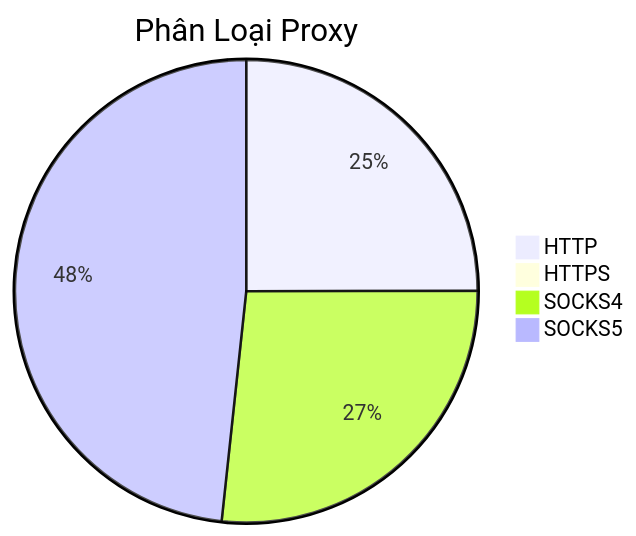
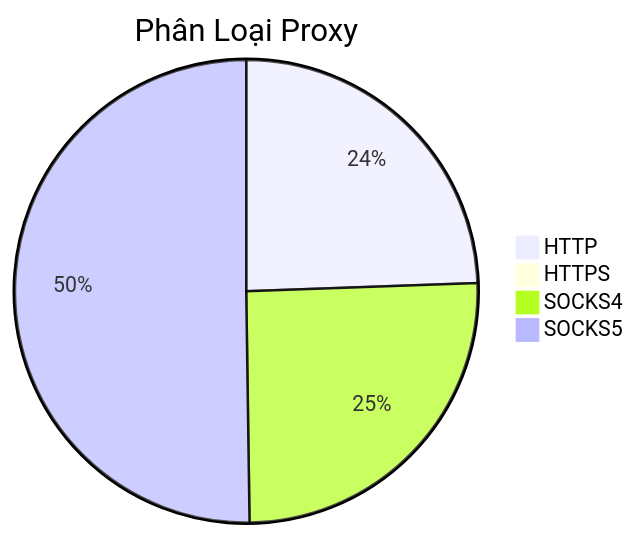
The diagram in README.md (Ciara-Aa/PROXY-free), drawn with Mermaid before and after one commit. The commit also changed other lines of this file and 4 other files, not shown here.

````diff
--- a/README.md
+++ b/README.md
@@ -26,7 +26,7 @@
 ```mermaid
 pie title Phân Loại Proxy
-    "HTTP" : 228
-    "HTTPS" : 4
-    "SOCKS4" : 244
-    "SOCKS5" : 441
+    "HTTP" : 214
+    "HTTPS" : 0
+    "SOCKS4" : 222
+    "SOCKS5" : 440
 ```
````
